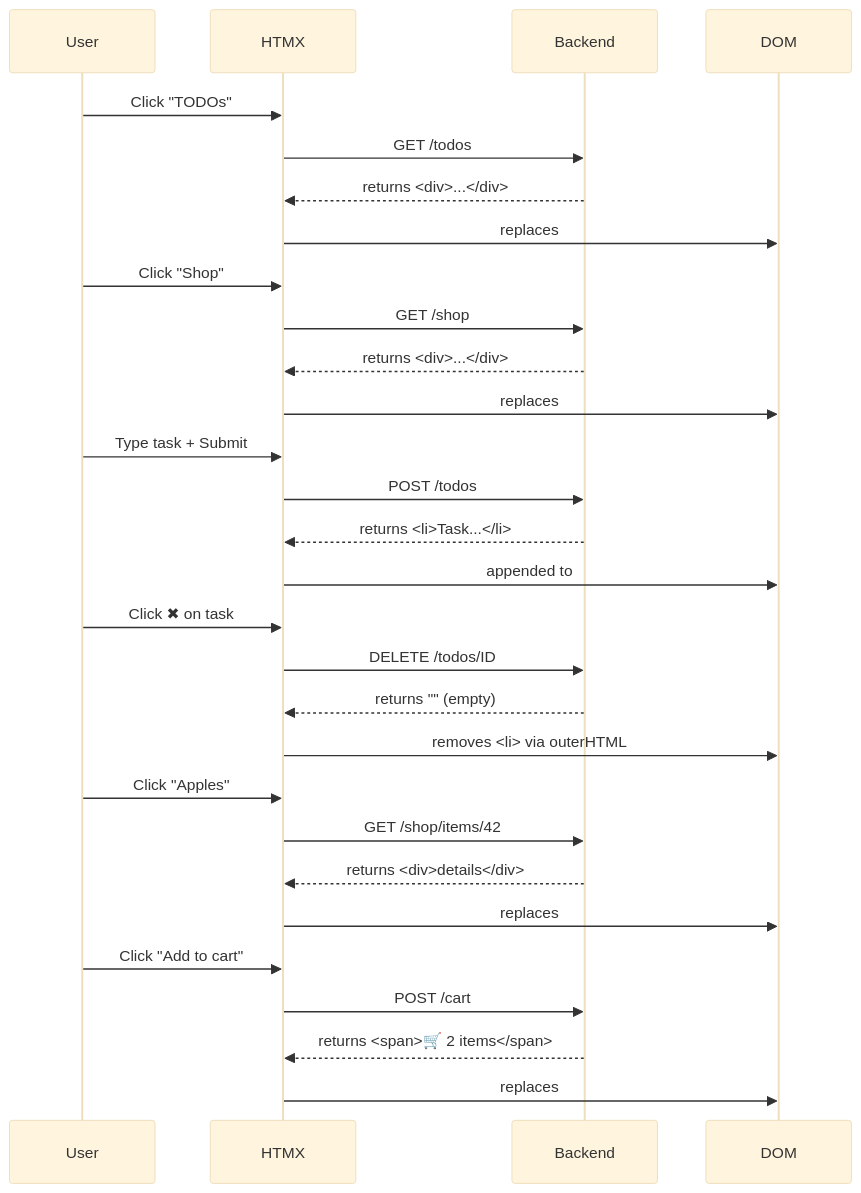
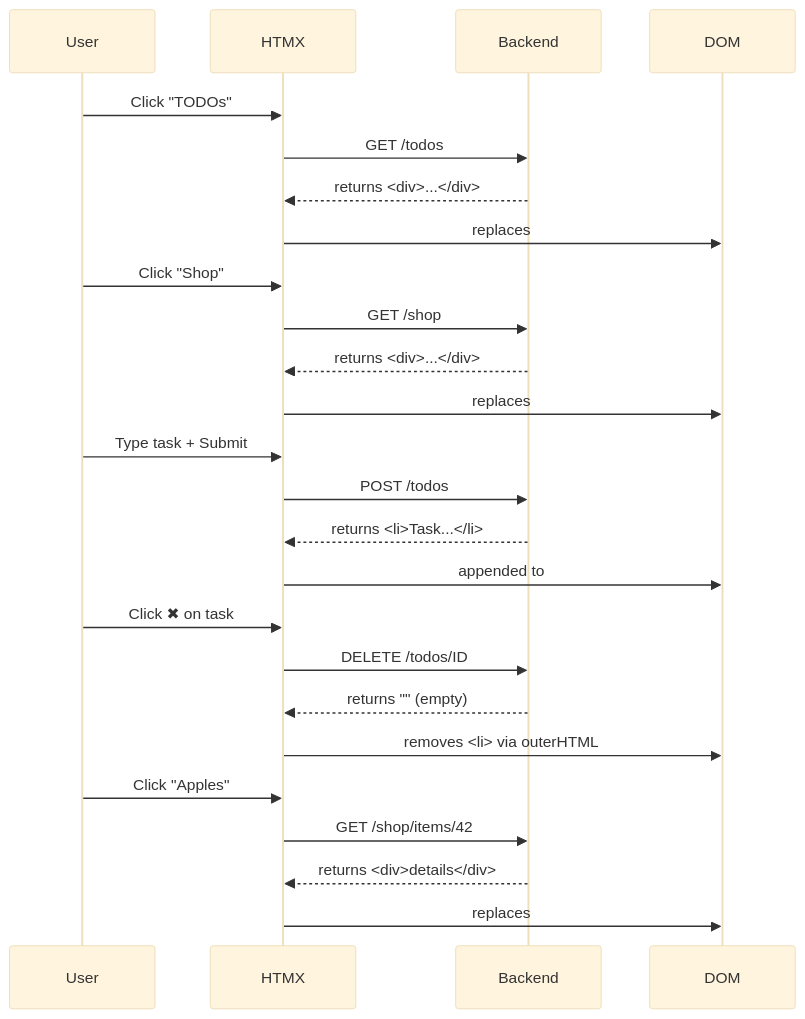
One commit to ndrean/htmz changed the first of 3 diagrams in README.md. Above: the diagram before and after it, drawn with Mermaid (base theme). The commit also changed other lines of this file and 27 other files, not shown here.

````diff
--- a/README.md
+++ b/README.md
@@ -5,37 +5,33 @@
 ```mermaid
 sequenceDiagram
 	participant User
 	participant HTMX
 	participant Backend
 	participant DOM
 
 	User->>HTMX: Click "TODOs"
 	HTMX->>Backend: GET /todos
 	Backend-->>HTMX: returns <div>...</div>
 	HTMX->>DOM: replaces #content
 
 	User->>HTMX: Click "Shop"
 	HTMX->>Backend: GET /shop
 	Backend-->>HTMX: returns <div>...</div>
 	HTMX->>DOM: replaces #content
 
 	User->>HTMX: Type task + Submit
 	HTMX->>Backend: POST /todos
 	Backend-->>HTMX: returns <li>Task...</li>
 	HTMX->>DOM: appended to #todo-list
 
 	User->>HTMX: Click ✖ on task
 	HTMX->>Backend: DELETE /todos/ID
 	Backend-->>HTMX: returns "" (empty)
 	HTMX->>DOM: removes <li> via outerHTML
 
 	User->>HTMX: Click "Apples"
 	HTMX->>Backend: GET /shop/items/42
 	Backend-->>HTMX: returns <div>details</div>
 	HTMX->>DOM: replaces #item-details
 
-	User->>HTMX: Click "Add to cart"
-	HTMX->>Backend: POST /cart
-	Backend-->>HTMX: returns <span>🛒 2 items</span>
-	HTMX->>DOM: replaces #cart
 ```
````
